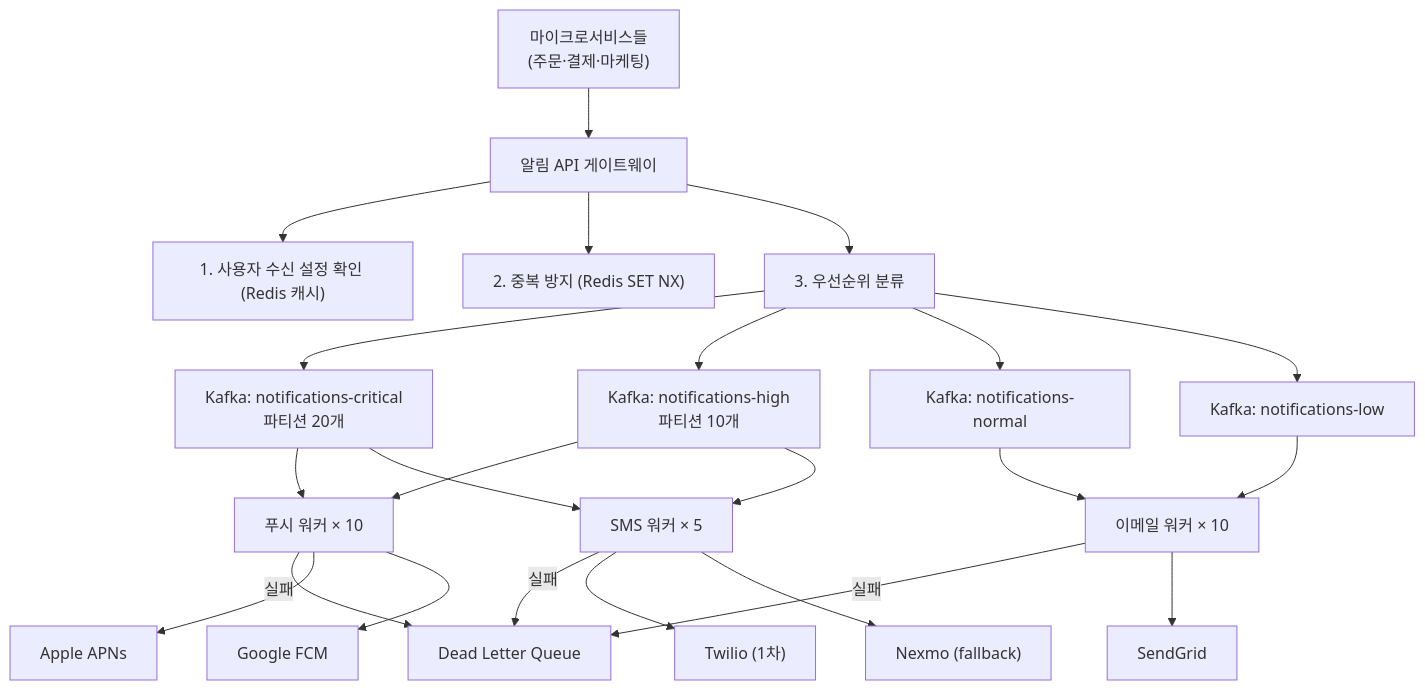
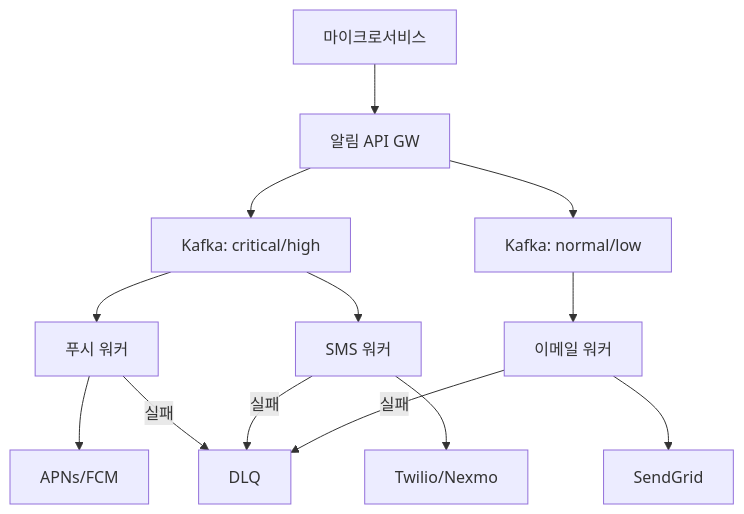
The first of 6 diagrams in _posts/systemdesign/2026-05-02-system-design-notification.md (yjkim2015/yjkim2015.github.io), drawn with Mermaid before and after one commit. The commit also changed other lines of this file and 215 other files, not shown here.

First line of the commit message:
신규 포스트 10개 추가 + Mermaid 전면 축소 + SystemDesign 시리즈 보강

````diff
--- a/_posts/systemdesign/2026-05-02-system-design-notification.md
+++ b/_posts/systemdesign/2026-05-02-system-design-notification.md
@@ -54,27 +54,10 @@
 ```mermaid
 graph TD
-    Services["마이크로서비스들<br>(주문·결제·마케팅)"] --> API["알림 API 게이트웨이"]
-
-    API --> PrefCheck["1. 사용자 수신 설정 확인 (Redis 캐시)"]
-    API --> Dedup["2. 중복 방지 (Redis SET NX)"]
-    API --> Priority["3. 우선순위 분류"]
-
-    Priority --> P0["Kafka: notifications-critical<br>파티션 20개"]
-    Priority --> P1["Kafka: notifications-high<br>파티션 10개"]
-    Priority --> P2["Kafka: notifications-normal"]
-    Priority --> P3["Kafka: notifications-low"]
-
-    P0 & P1 --> PushWorker["푸시 워커 × 10"]
-    P0 & P1 --> SMSWorker["SMS 워커 × 5"]
-    P2 & P3 --> EmailWorker["이메일 워커 × 10"]
-
-    PushWorker -->|"실패"| DLQ["Dead Letter Queue"]
-    SMSWorker -->|"실패"| DLQ
-    EmailWorker -->|"실패"| DLQ
-
-    PushWorker --> APNs["Apple APNs"]
-    PushWorker --> FCM["Google FCM"]
-    SMSWorker --> Twilio["Twilio (1차)"]
-    SMSWorker --> Nexmo["Nexmo (fallback)"]
-    EmailWorker --> SendGrid["SendGrid"]
+    Svc["마이크로서비스"] --> API["알림 API GW"]
+    API --> P0["Kafka: critical/high"]
+    API --> P2["Kafka: normal/low"]
+    P0 --> Push["푸시 워커"] --> APNs["APNs/FCM"]
+    P0 --> SMS["SMS 워커"] --> Twilio["Twilio/Nexmo"]
+    P2 --> Email["이메일 워커"] --> SendGrid
+    Push & SMS & Email -->|실패| DLQ
 ```
````
